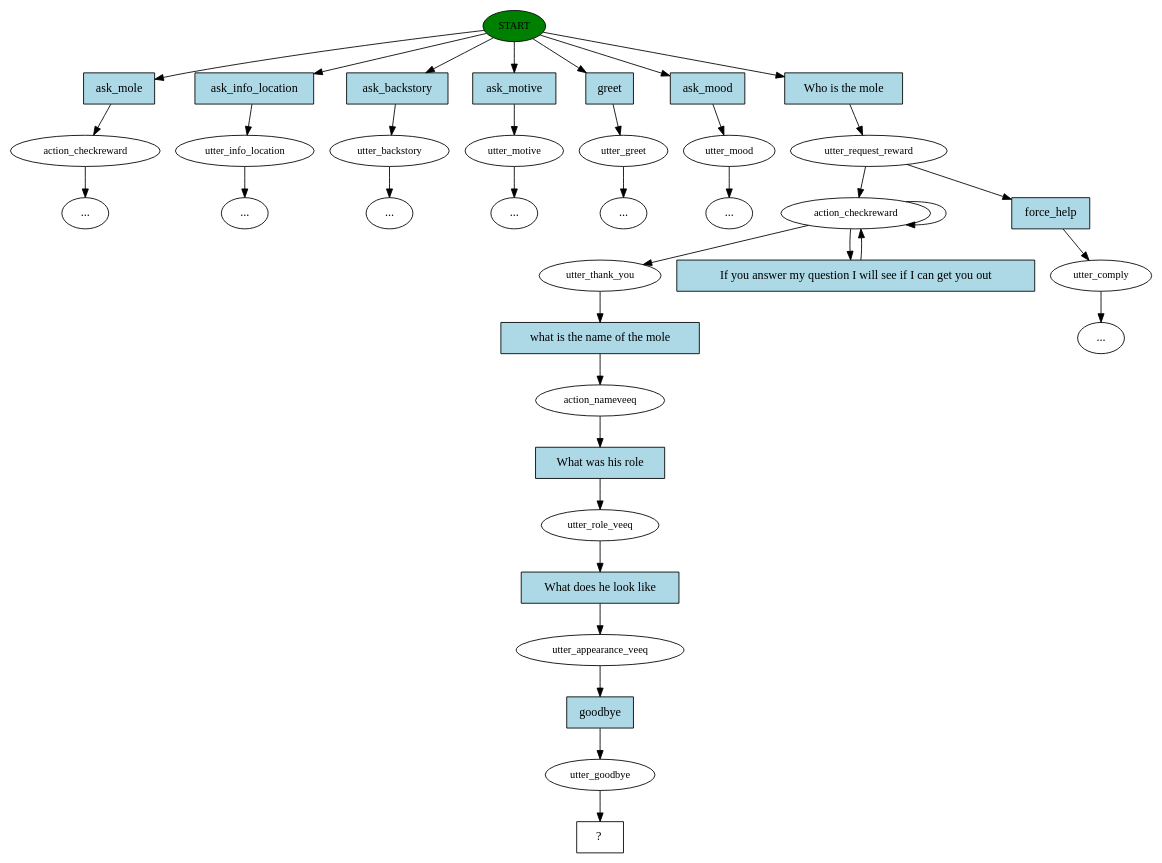
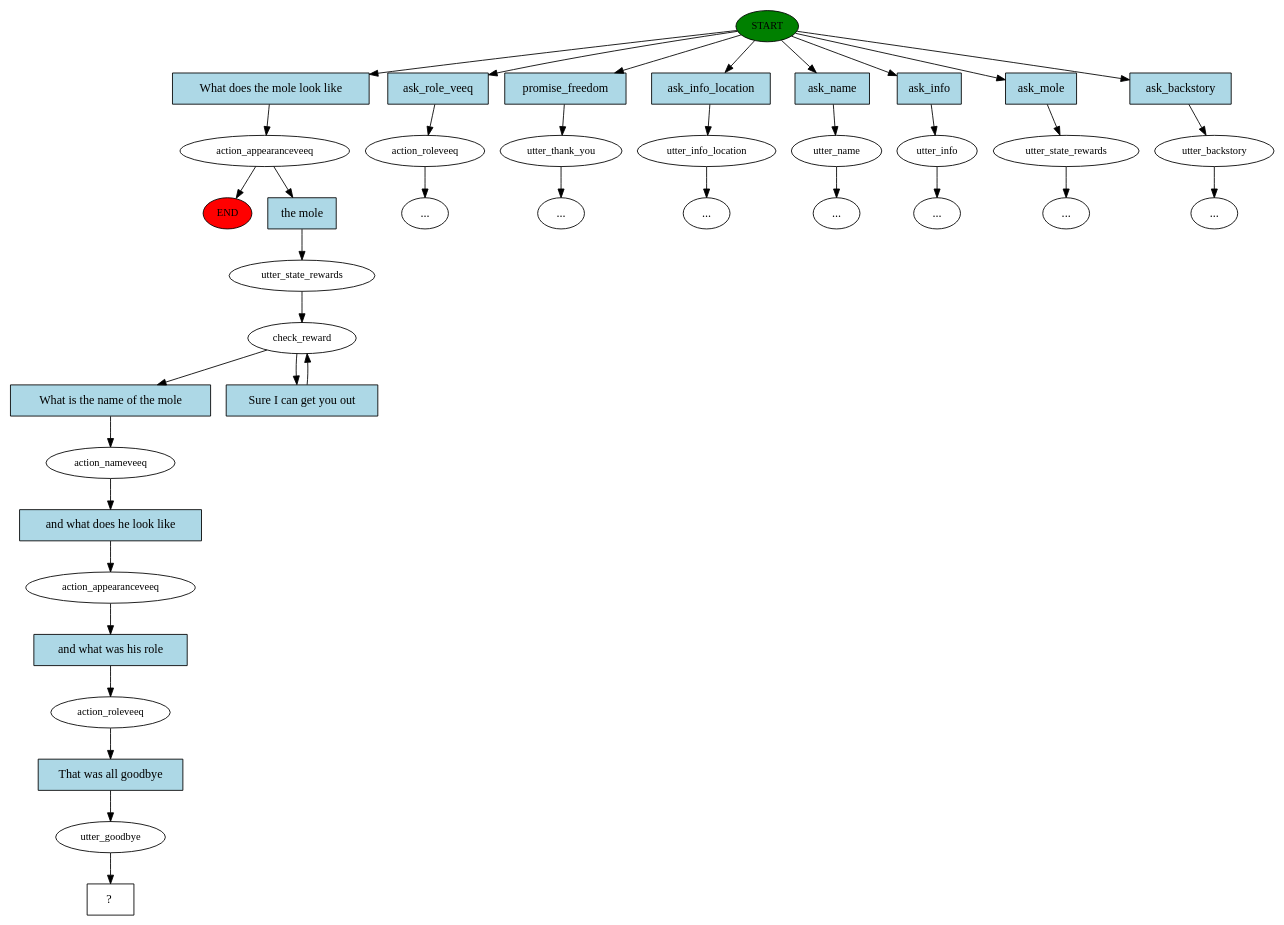
Before and after one commit to Flippo13/Immersive-NPC-ChatbotService: the diagram in rinnol/story_graph.dot, drawn with Graphviz. The commit also changed 34 other files, not shown here.

```diff
--- a/rinnol/story_graph.dot
+++ b/rinnol/story_graph.dot
@@ -1,75 +1,78 @@
 digraph  {
 0 [label=START, fillcolor=green, style=filled, fontsize=12, class="start active"];
-1 [label=action_checkreward, fontsize=12, class=""];
-2 [label=utter_info_location, fontsize=12, class=""];
-3 [label=utter_backstory, fontsize=12, class=""];
+"-1" [label=END, fillcolor=red, style=filled, fontsize=12, class=end];
+1 [label=action_appearanceveeq, fontsize=12, class=active];
+2 [label=action_roleveeq, fontsize=12, class=""];
+"-3" [label="...", class=ellipsis];
+3 [label=utter_thank_you, fontsize=12, class=""];
 "-5" [label="...", class=ellipsis];
-7 [label=utter_motive, fontsize=12, class=""];
-"-9" [label="...", class=ellipsis];
-"-10" [label="...", class=ellipsis];
-9 [label=utter_greet, fontsize=12, class=""];
-10 [label=utter_mood, fontsize=12, class=""];
+5 [label=utter_info_location, fontsize=12, class=""];
+"-6" [label="...", class=ellipsis];
+6 [label=utter_name, fontsize=12, class=""];
+"-7" [label="...", class=ellipsis];
+7 [label=utter_info, fontsize=12, class=""];
+"-8" [label="...", class=ellipsis];
+8 [label=utter_state_rewards, fontsize=12, class=""];
+"-11" [label="...", class=ellipsis];
+11 [label=utter_backstory, fontsize=12, class=""];
 "-12" [label="...", class=ellipsis];
-"-13" [label="...", class=ellipsis];
-"-14" [label="...", class=ellipsis];
-13 [label=utter_request_reward, fontsize=12, class=active];
-14 [label=utter_comply, fontsize=12, class=""];
-"-15" [label="...", class=ellipsis];
-16 [label=action_checkreward, fontsize=12, class=active];
-19 [label=utter_thank_you, fontsize=12, class=active];
-20 [label=action_nameveeq, fontsize=12, class=active];
-21 [label=utter_role_veeq, fontsize=12, class=active];
-22 [label=utter_appearance_veeq, fontsize=12, class=active];
-23 [label=utter_goodbye, fontsize=12, class=active];
-24 [label="  ?  ", shape=rect, class="intent dashed active"];
-25 [label=ask_mole, shape=rect, style=filled, fillcolor=lightblue, class=intent];
-26 [label=ask_info_location, shape=rect, style=filled, fillcolor=lightblue, class=intent];
-27 [label=ask_backstory, shape=rect, style=filled, fillcolor=lightblue, class=intent];
-28 [label=ask_motive, shape=rect, style=filled, fillcolor=lightblue, class=intent];
-29 [label=greet, shape=rect, style=filled, fillcolor=lightblue, class=intent];
-30 [label=ask_mood, shape=rect, style=filled, fillcolor=lightblue, class=intent];
-31 [label="Who is the mole ", shape=rect, style=filled, fillcolor=lightblue, class="intent active"];
-32 [label=force_help, shape=rect, style=filled, fillcolor=lightblue, class=intent];
-33 [label="If you answer my question I will see if I can get you out", shape=rect, style=filled, fillcolor=lightblue, class="intent active"];
-34 [label="what is the name of the mole ", shape=rect, style=filled, fillcolor=lightblue, class="intent active"];
-35 [label="What was his role ", shape=rect, style=filled, fillcolor=lightblue, class="intent active"];
-36 [label="What does he look like ", shape=rect, style=filled, fillcolor=lightblue, class="intent active"];
-37 [label=goodbye, shape=rect, style=filled, fillcolor=lightblue, class="intent active"];
+13 [label=utter_state_rewards, fontsize=12, class=active];
+14 [label=check_reward, fontsize=12, class=active];
+16 [label=action_nameveeq, fontsize=12, class=active];
+17 [label=action_appearanceveeq, fontsize=12, class=active];
+18 [label=action_roleveeq, fontsize=12, class=active];
+19 [label=utter_goodbye, fontsize=12, class=active];
+20 [label="  ?  ", shape=rect, class="intent dashed active"];
+21 [label="What does the mole look like ", shape=rect, style=filled, fillcolor=lightblue, class="intent active"];
+22 [label=ask_role_veeq, shape=rect, style=filled, fillcolor=lightblue, class=intent];
+23 [label=promise_freedom, shape=rect, style=filled, fillcolor=lightblue, class=intent];
+24 [label=ask_info_location, shape=rect, style=filled, fillcolor=lightblue, class=intent];
+25 [label=ask_name, shape=rect, style=filled, fillcolor=lightblue, class=intent];
+26 [label=ask_info, shape=rect, style=filled, fillcolor=lightblue, class=intent];
+27 [label=ask_mole, shape=rect, style=filled, fillcolor=lightblue, class=intent];
+28 [label=ask_backstory, shape=rect, style=filled, fillcolor=lightblue, class=intent];
+29 [label="the mole", shape=rect, style=filled, fillcolor=lightblue, class="intent active"];
+30 [label="What is the name of the mole ", shape=rect, style=filled, fillcolor=lightblue, class="intent active"];
+31 [label="Sure I can get you out", shape=rect, style=filled, fillcolor=lightblue, class="intent active"];
+32 [label="and what does he look like ", shape=rect, style=filled, fillcolor=lightblue, class="intent active"];
+33 [label="and what was his role ", shape=rect, style=filled, fillcolor=lightblue, class="intent active"];
+34 [label="That was all goodbye", shape=rect, style=filled, fillcolor=lightblue, class="intent active"];
+0 -> 21  [key=0, class=active];
+0 -> 22  [key=0, class=""];
+0 -> 23  [key=0, class=""];
+0 -> 24  [key=0, class=""];
 0 -> 25  [key=0, class=""];
 0 -> 26  [key=0, class=""];
 0 -> 27  [key=0, class=""];
 0 -> 28  [key=0, class=""];
-0 -> 29  [key=0, class=""];
-0 -> 30  [key=0, class=""];
-0 -> 31  [key=0, class=active];
-1 -> "-14"  [key=NONE, label="", class=""];
-2 -> "-10"  [key=NONE, label="", class=""];
+1 -> "-1"  [key=NONE, label="", class=""];
+1 -> 29  [key=0, class=active];
+2 -> "-3"  [key=NONE, label="", class=""];
 3 -> "-5"  [key=NONE, label="", class=""];
-7 -> "-9"  [key=NONE, label="", class=""];
-9 -> "-13"  [key=NONE, label="", class=""];
-10 -> "-12"  [key=NONE, label="", class=""];
-13 -> 16  [key=NONE, label="", class=active];
-13 -> 32  [key=0, class=""];
-14 -> "-15"  [key=NONE, label="", class=""];
-16 -> 16  [key=NONE, label="", class=active];
-16 -> 19  [key=NONE, label="", class=active];
-16 -> 33  [key=0, class=active];
-19 -> 34  [key=0, class=active];
-20 -> 35  [key=0, class=active];
-21 -> 36  [key=0, class=active];
-22 -> 37  [key=0, class=active];
-23 -> 24  [key=NONE, label="", class=active];
-25 -> 1  [key=0, class=""];
-26 -> 2  [key=0, class=""];
-27 -> 3  [key=0, class=""];
-28 -> 7  [key=0, class=""];
-29 -> 9  [key=0, class=""];
-30 -> 10  [key=0, class=""];
-31 -> 13  [key=0, class=active];
-32 -> 14  [key=0, class=""];
-33 -> 16  [key=0, class=active];
-34 -> 20  [key=0, class=active];
-35 -> 21  [key=0, class=active];
-36 -> 22  [key=0, class=active];
-37 -> 23  [key=0, class=active];
+5 -> "-6"  [key=NONE, label="", class=""];
+6 -> "-7"  [key=NONE, label="", class=""];
+7 -> "-8"  [key=NONE, label="", class=""];
+8 -> "-11"  [key=NONE, label="", class=""];
+11 -> "-12"  [key=NONE, label="", class=""];
+13 -> 14  [key=NONE, label="", class=active];
+14 -> 30  [key=0, class=active];
+14 -> 31  [key=0, class=active];
+16 -> 32  [key=0, class=active];
+17 -> 33  [key=0, class=active];
+18 -> 34  [key=0, class=active];
+19 -> 20  [key=NONE, label="", class=active];
+21 -> 1  [key=0, class=active];
+22 -> 2  [key=0, class=""];
+23 -> 3  [key=0, class=""];
+24 -> 5  [key=0, class=""];
+25 -> 6  [key=0, class=""];
+26 -> 7  [key=0, class=""];
+27 -> 8  [key=0, class=""];
+28 -> 11  [key=0, class=""];
+29 -> 13  [key=0, class=active];
+30 -> 16  [key=0, class=active];
+31 -> 14  [key=0, class=active];
+32 -> 17  [key=0, class=active];
+33 -> 18  [key=0, class=active];
+34 -> 19  [key=0, class=active];
 }
```
